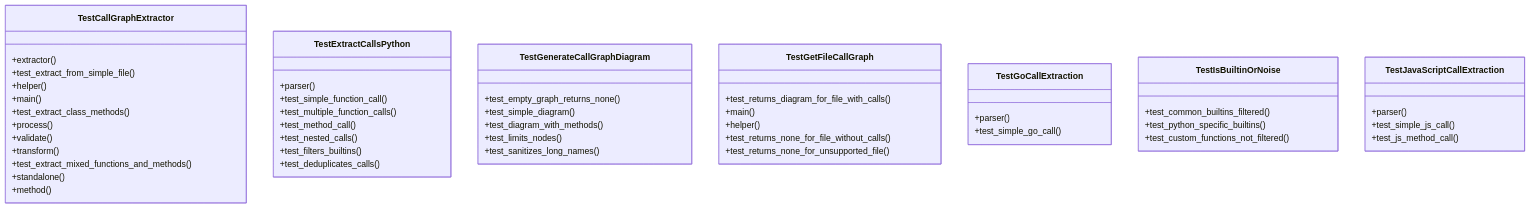
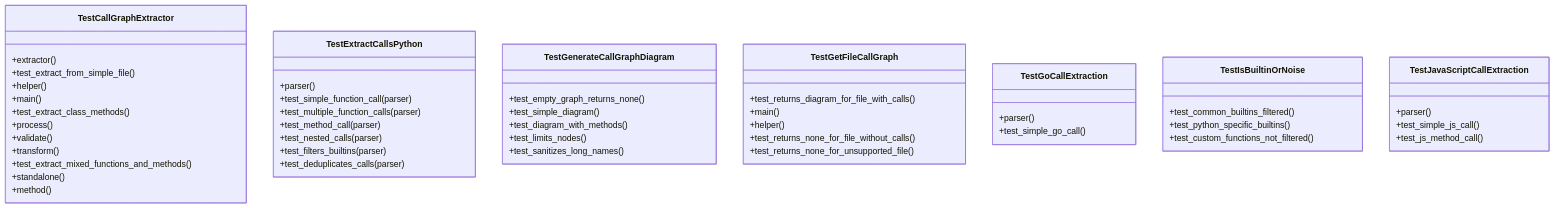
Before and after one commit to UrbanDiver/local-deepwiki-mcp: the first of 2 diagrams in .deepwiki/files/tests/test_callgraph.md, drawn with Mermaid. The commit also changed other lines of this file and 75 other files, not shown here.

````diff
--- a/.deepwiki/files/tests/test_callgraph.md
+++ b/.deepwiki/files/tests/test_callgraph.md
@@ -510,53 +457,53 @@
 ```mermaid
 classDiagram
     class TestCallGraphExtractor {
         +extractor()
         +test_extract_from_simple_file()
         +helper()
         +main()
         +test_extract_class_methods()
         +process()
         +validate()
         +transform()
         +test_extract_mixed_functions_and_methods()
         +standalone()
         +method()
     }
     class TestExtractCallsPython {
         +parser()
-        +test_simple_function_call()
-        +test_multiple_function_calls()
-        +test_method_call()
-        +test_nested_calls()
-        +test_filters_builtins()
-        +test_deduplicates_calls()
+        +test_simple_function_call(parser)
+        +test_multiple_function_calls(parser)
+        +test_method_call(parser)
+        +test_nested_calls(parser)
+        +test_filters_builtins(parser)
+        +test_deduplicates_calls(parser)
     }
     class TestGenerateCallGraphDiagram {
         +test_empty_graph_returns_none()
         +test_simple_diagram()
         +test_diagram_with_methods()
         +test_limits_nodes()
         +test_sanitizes_long_names()
     }
     class TestGetFileCallGraph {
         +test_returns_diagram_for_file_with_calls()
         +main()
         +helper()
         +test_returns_none_for_file_without_calls()
         +test_returns_none_for_unsupported_file()
     }
     class TestGoCallExtraction {
         +parser()
         +test_simple_go_call()
     }
     class TestIsBuiltinOrNoise {
         +test_common_builtins_filtered()
         +test_python_specific_builtins()
         +test_custom_functions_not_filtered()
     }
     class TestJavaScriptCallExtraction {
         +parser()
         +test_simple_js_call()
         +test_js_method_call()
     }
 ```
````
